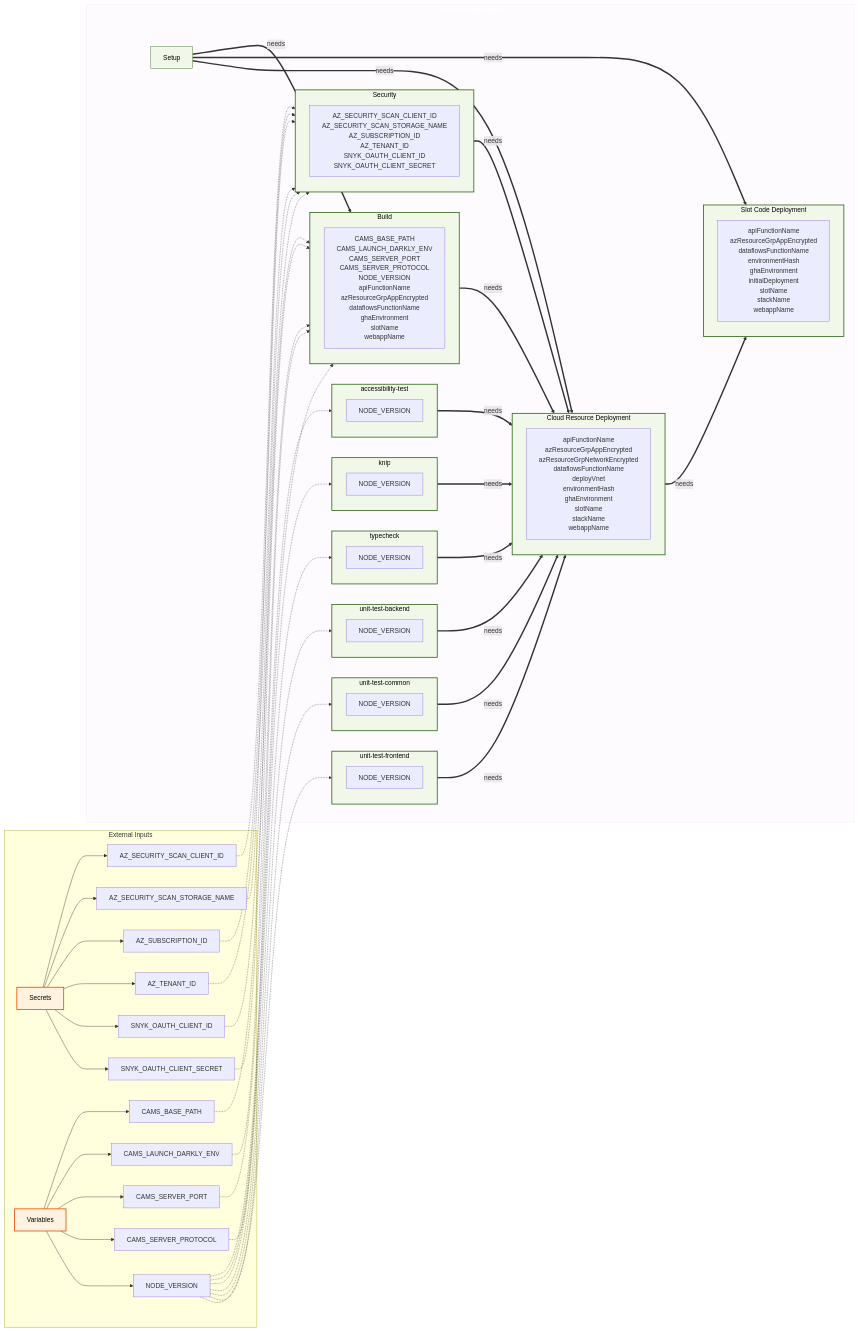
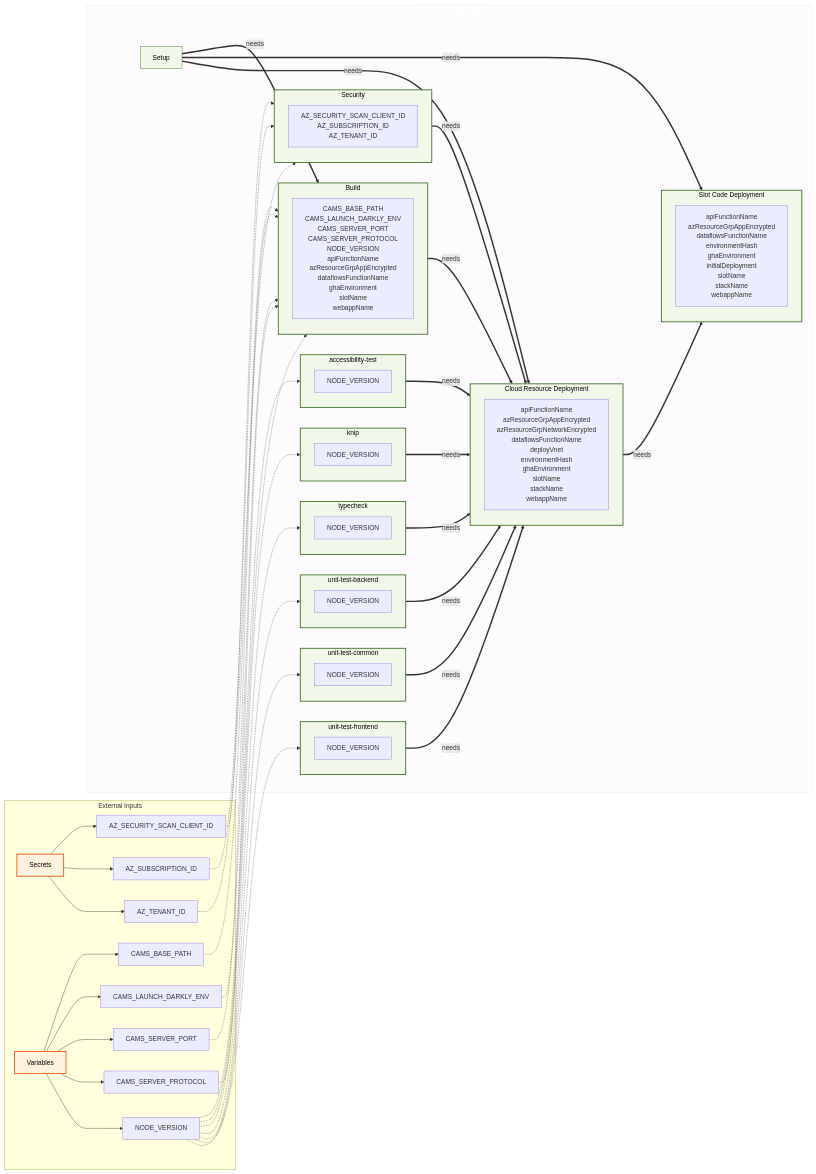
One commit to US-Trustee-Program/Bankruptcy-Oversight-Support-Systems changed diagram 14 of 24 in docs/operations/workflow-diagram.md. Above: the diagram before and after it, drawn with Mermaid. The commit also changed other lines of this file and 2 other files, not shown here.

Commit message:
Fetch security scan secrets from Key Vault
Move SNYK_OAUTH_CLIENT_ID, SNYK_OAUTH_CLIENT_SECRET, and
AZ_SECURITY_SCAN_STORAGE_NAME out of GitHub secrets and into
kv-ustp-cams. The workflow fetches them after OIDC login and
exposes them as environment variables for downstream steps.

Only the three OIDC bootstrap credentials remain as GitHub
secrets for the security-scan workflow.

Jira ticket: CAMS-730

```diff
--- a/docs/operations/workflow-diagram.md
+++ b/docs/operations/workflow-diagram.md
@@ -876,11 +867,8 @@
     subgraph "External Inputs"
         Secrets["Secrets"]
         Secrets_AZ_SECURITY_SCAN_CLIENT_ID["AZ_SECURITY_SCAN_CLIENT_ID"]
-        Secrets_AZ_SECURITY_SCAN_STORAGE_NAME["AZ_SECURITY_SCAN_STORAGE_NAME"]
         Secrets_AZ_SUBSCRIPTION_ID["AZ_SUBSCRIPTION_ID"]
         Secrets_AZ_TENANT_ID["AZ_TENANT_ID"]
-        Secrets_SNYK_OAUTH_CLIENT_ID["SNYK_OAUTH_CLIENT_ID"]
-        Secrets_SNYK_OAUTH_CLIENT_SECRET["SNYK_OAUTH_CLIENT_SECRET"]
         Variables["Variables"]
         Variables_CAMS_BASE_PATH["CAMS_BASE_PATH"]
         Variables_CAMS_LAUNCH_DARKLY_ENV["CAMS_LAUNCH_DARKLY_ENV"]
@@ -910,7 +898,7 @@
             typecheck_vars["NODE_VERSION"]
         end
         subgraph security_scan_subgraph["Security"]
-            security_scan_vars["AZ_SECURITY_SCAN_CLIENT_ID<br/>AZ_SECURITY_SCAN_STORAGE_NAME<br/>AZ_SUBSCRIPTION_ID<br/>AZ_TENANT_ID<br/>SNYK_OAUTH_CLIENT_ID<br/>SNYK_OAUTH_CLIENT_SECRET"]
+            security_scan_vars["AZ_SECURITY_SCAN_CLIENT_ID<br/>AZ_SUBSCRIPTION_ID<br/>AZ_TENANT_ID"]
         end
         subgraph build_subgraph["Build"]
             build_vars["CAMS_BASE_PATH<br/>CAMS_LAUNCH_DARKLY_ENV<br/>CAMS_SERVER_PORT<br/>CAMS_SERVER_PROTOCOL<br/>NODE_VERSION<br/>apiFunctionName<br/>azResourceGrpAppEncrypted<br/>dataflowsFunctionName<br/>ghaEnvironment<br/>slotName<br/>webappName"]
@@ -924,22 +912,16 @@
     end
 
         Secrets --> Secrets_AZ_SECURITY_SCAN_CLIENT_ID
-        Secrets --> Secrets_AZ_SECURITY_SCAN_STORAGE_NAME
         Secrets --> Secrets_AZ_SUBSCRIPTION_ID
         Secrets --> Secrets_AZ_TENANT_ID
-        Secrets --> Secrets_SNYK_OAUTH_CLIENT_ID
-        Secrets --> Secrets_SNYK_OAUTH_CLIENT_SECRET
         Variables --> Variables_CAMS_BASE_PATH
         Variables --> Variables_CAMS_LAUNCH_DARKLY_ENV
         Variables --> Variables_CAMS_SERVER_PORT
         Variables --> Variables_CAMS_SERVER_PROTOCOL
         Variables --> Variables_NODE_VERSION
     Secrets_AZ_SECURITY_SCAN_CLIENT_ID -.-> security_scan_subgraph
-    Secrets_AZ_SECURITY_SCAN_STORAGE_NAME -.-> security_scan_subgraph
     Secrets_AZ_SUBSCRIPTION_ID -.-> security_scan_subgraph
     Secrets_AZ_TENANT_ID -.-> security_scan_subgraph
-    Secrets_SNYK_OAUTH_CLIENT_ID -.-> security_scan_subgraph
-    Secrets_SNYK_OAUTH_CLIENT_SECRET -.-> security_scan_subgraph
     Variables_CAMS_BASE_PATH -.-> build_subgraph
     Variables_CAMS_LAUNCH_DARKLY_ENV -.-> build_subgraph
     Variables_CAMS_SERVER_PORT -.-> build_subgraph
```
